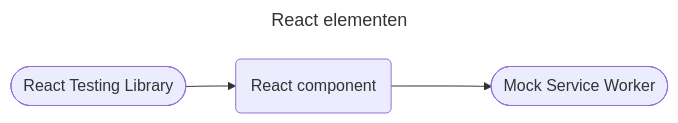
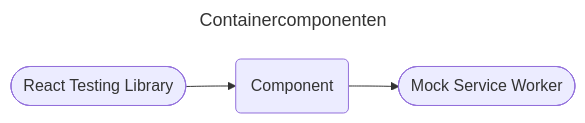
The second of 5 diagrams in documentatie/ontwikkelproces/test-tooling.md (kiesraad/abacus), drawn with Mermaid before and after one commit. The commit also changed other lines of this file, not shown here.

Commit message:
document vision on msw, ladle, vitest, playwright (#917)

````diff
--- a/documentatie/ontwikkelproces/test-tooling.md
+++ b/documentatie/ontwikkelproces/test-tooling.md
@@ -44,13 +56,13 @@
 ```mermaid
 ---
-title: React elementen
+title: Containercomponenten
 ---
 flowchart LR
-    react-component(React component)
+    component(Component)
 
     rtl([React Testing Library])
     msw([Mock Service Worker])
 
-    rtl --> react-component
-    react-component ---> msw
+    rtl --> component
+    component --> msw
 ```
````
